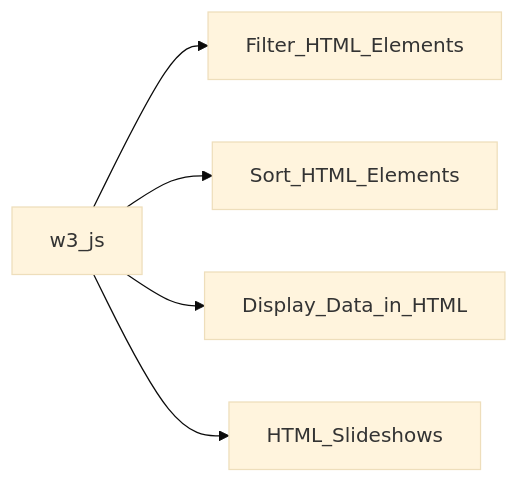
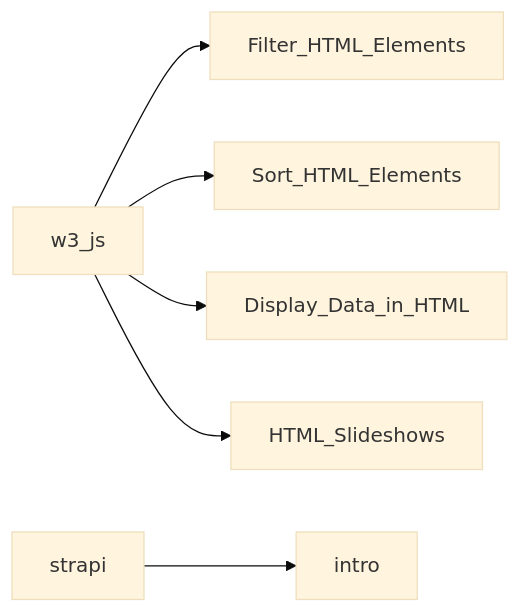
The diagram in tutorials/day-4/doc.md (amitSah121/Others_1), drawn with Mermaid (base theme) before and after one commit. The commit also changed 1 other file, not shown here.

Commit message:
updated day-3

````diff
--- a/tutorials/day-4/doc.md
+++ b/tutorials/day-4/doc.md
@@ -4,7 +4,9 @@
 ```mermaid
 graph LR;
     w3_js-->Filter_HTML_Elements;
     w3_js-->Sort_HTML_Elements;
     w3_js-->Display_Data_in_HTML;
     w3_js-->HTML_Slideshows;
+
+    strapi-->intro;
 ```
````
